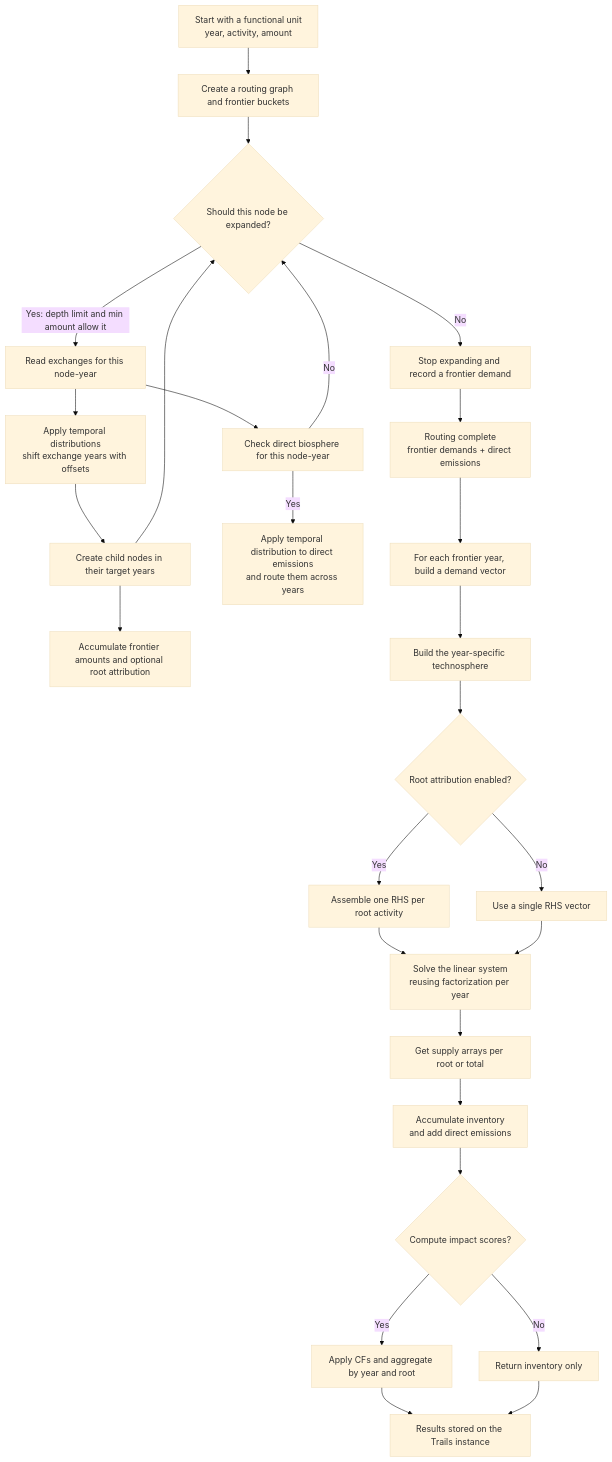
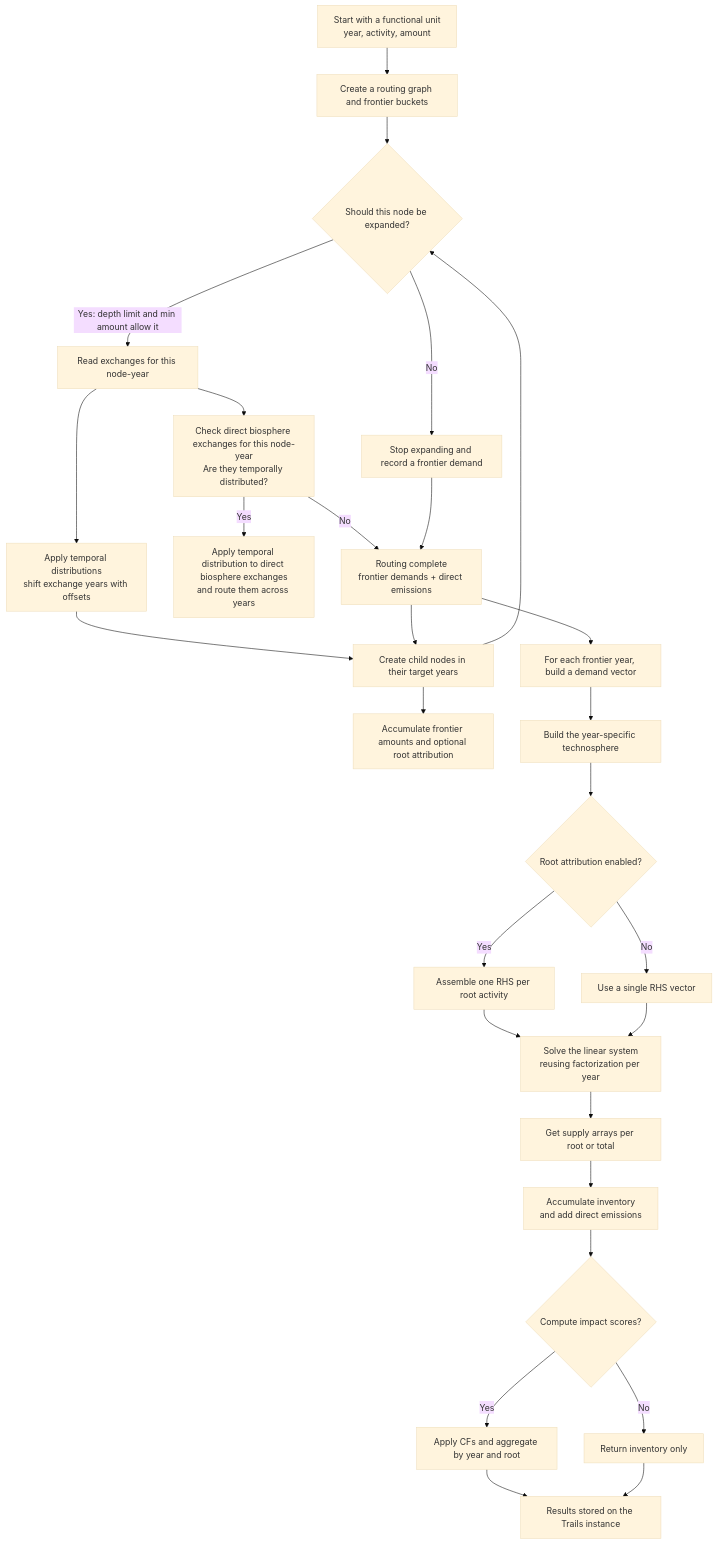
One commit to Laboratory-for-Energy-Systems-Analysis/trails changed the diagram in README.md. Above: the diagram before and after it, drawn with Mermaid (base theme).

Commit message:
enrich README.md

````diff
--- a/README.md
+++ b/README.md
@@ -40,30 +40,31 @@
 ```mermaid
 flowchart TD
   A[Start with a functional unit<br>year, activity, amount] --> B[Create a routing graph and frontier buckets]
   B --> C{Should this node be expanded?}
   C -->|Yes: depth limit and min amount allow it| D[Read exchanges for this node-year]
   C -->|No| E[Stop expanding and record a frontier demand]
   D --> F[Apply temporal distributions<br>shift exchange years with offsets]
   F --> G[Create child nodes in their target years]
   G --> H[Accumulate frontier amounts and optional root attribution]
-  D --> I[Check direct biosphere for this node-year]
-  I -->|Yes| J[Apply temporal distribution to direct emissions<br>and route them across years]
-  I -->|No| C
+  D --> I[Check direct biosphere exchanges for this node-year<br>Are they temporally distributed?]
+  I -->|Yes| J[Apply temporal distribution to direct biosphere exchanges<br>and route them across years]
+  I -->|No| K[Assign direct biosphere exchanges at the node-year]
+  K --> G
   G --> C
   E --> K[Routing complete<br>frontier demands + direct emissions]
 
   K --> L[For each frontier year, build a demand vector]
   L --> M[Build the year-specific technosphere]
   M --> N{Root attribution enabled?}
   N -->|Yes| O[Assemble one RHS per root activity]
   N -->|No| P[Use a single RHS vector]
   O --> Q[Solve the linear system<br>reusing factorization per year]
   P --> Q
   Q --> R[Get supply arrays per root or total]
   R --> S[Accumulate inventory<br>and add direct emissions]
   S --> T{Compute impact scores?}
   T -->|Yes| U[Apply CFs and aggregate by year and root]
   T -->|No| V[Return inventory only]
   U --> W[Results stored on the Trails instance]
   V --> W
 ```
````
